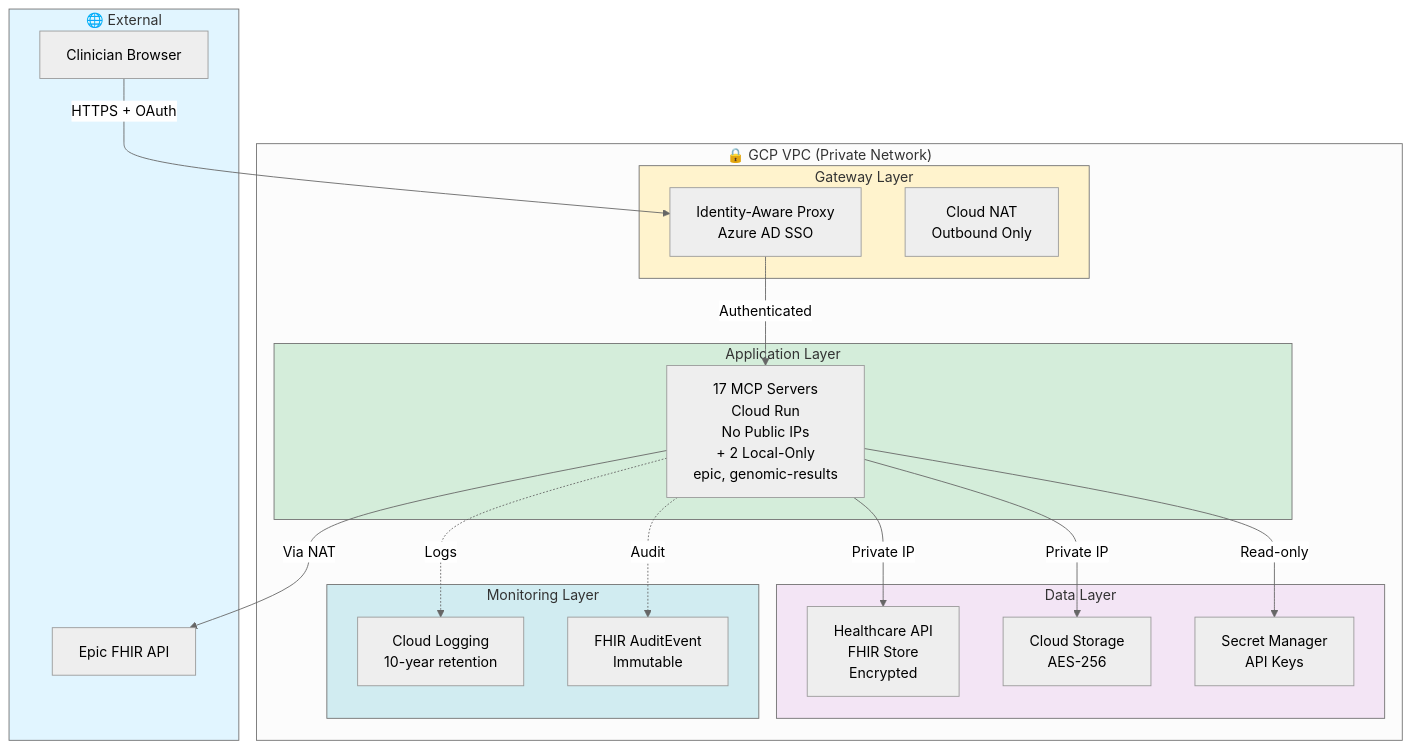
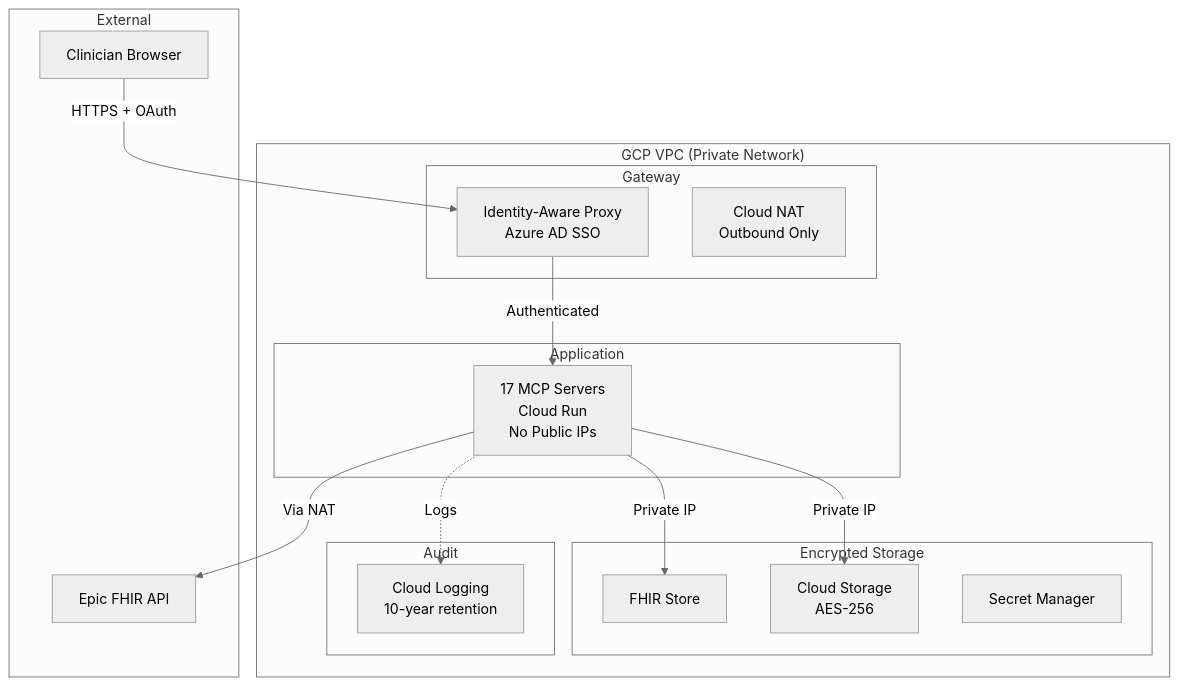
The diagram in docs/for-hospitals/SECURITY_OVERVIEW.md (lynnlangit/spatial-mcp), drawn with Mermaid (neutral theme) before and after one commit. The commit also changed other lines of this file and 89 other files, not shown here.

````diff
--- a/docs/for-hospitals/SECURITY_OVERVIEW.md
+++ b/docs/for-hospitals/SECURITY_OVERVIEW.md
@@ -9,44 +10,35 @@
 ```mermaid
 graph TB
-    subgraph External["🌐 External"]
+    subgraph External["External"]
         CLINICIAN[Clinician Browser]
         EPIC_EXT[Epic FHIR API]
     end
 
-    subgraph GCP_VPC["🔒 GCP VPC (Private Network)"]
-        subgraph Gateway["Gateway Layer"]
+    subgraph GCP_VPC["GCP VPC (Private Network)"]
+        subgraph Gateway["Gateway"]
             IAP[Identity-Aware Proxy<br/>Azure AD SSO]
             NAT[Cloud NAT<br/>Outbound Only]
         end
 
-        subgraph Application["Application Layer"]
-            SERVERS[17 MCP Servers<br/>Cloud Run<br/>No Public IPs<br/>+ 2 Local-Only<br/>epic, genomic-results]
+        subgraph Application["Application"]
+            SERVERS[17 MCP Servers<br/>Cloud Run<br/>No Public IPs]
         end
 
-        subgraph DataLayer["Data Layer"]
-            FHIR[Healthcare API<br/>FHIR Store<br/>Encrypted]
+        subgraph Data["Encrypted Storage"]
+            FHIR[FHIR Store]
             STORAGE[Cloud Storage<br/>AES-256]
-            SECRETS[Secret Manager<br/>API Keys]
+            SECRETS[Secret Manager]
         end
 
-        subgraph Monitoring["Monitoring Layer"]
-            LOGS[Cloud Logging<br/>10-year retention]
-            AUDIT[FHIR AuditEvent<br/>Immutable]
+        subgraph Logs["Audit"]
+            LOGGING[Cloud Logging<br/>10-year retention]
         end
     end
 
     CLINICIAN -->|HTTPS + OAuth| IAP
     IAP -->|Authenticated| SERVERS
     SERVERS -->|Private IP| FHIR
     SERVERS -->|Private IP| STORAGE
-    SERVERS -->|Read-only| SECRETS
-    SERVERS -.->|Logs| LOGS
-    SERVERS -.->|Audit| AUDIT
+    SERVERS -.->|Logs| LOGGING
     SERVERS -->|Via NAT| EPIC_EXT
-
-    style External fill:#e1f5ff
-    style Gateway fill:#fff3cd
-    style Application fill:#d4edda
-    style DataLayer fill:#f3e5f5
-    style Monitoring fill:#d1ecf1
 ```
````
